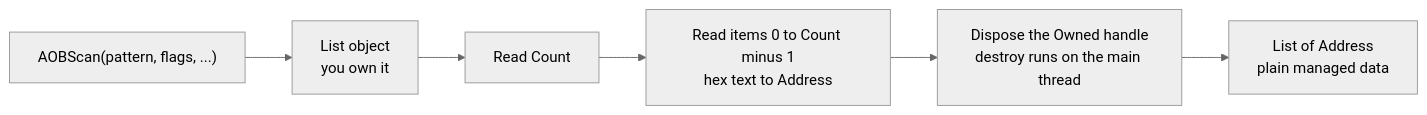
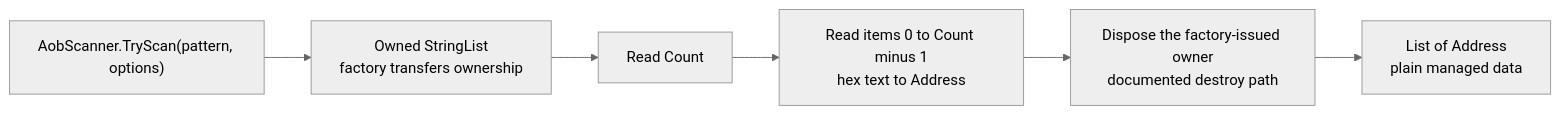
The diagram in exemples/05-aob-scans/README.md (CheatEngineNet/CheatEngine.SDK), drawn with Mermaid (neutral theme) before and after one commit. The commit also changed other lines of this file and 429 other files, not shown here.

````diff
--- a/exemples/05-aob-scans/README.md
+++ b/exemples/05-aob-scans/README.md
@@ -136,8 +127,8 @@
 ```mermaid
 flowchart LR
-    A["AOBScan(pattern, flags, ...)"] --> B["List object<br/>you own it"]
+    A["AobScanner.TryScan(pattern, options)"] --> B["Owned StringList<br/>factory transfers ownership"]
     B --> C["Read Count"]
     C --> D["Read items 0 to Count minus 1<br/>hex text to Address"]
-    D --> E["Dispose the Owned handle<br/>destroy runs on the main thread"]
+    D --> E["Dispose the factory-issued owner<br/>documented destroy path"]
     E --> F["List of Address<br/>plain managed data"]
 ```
````
